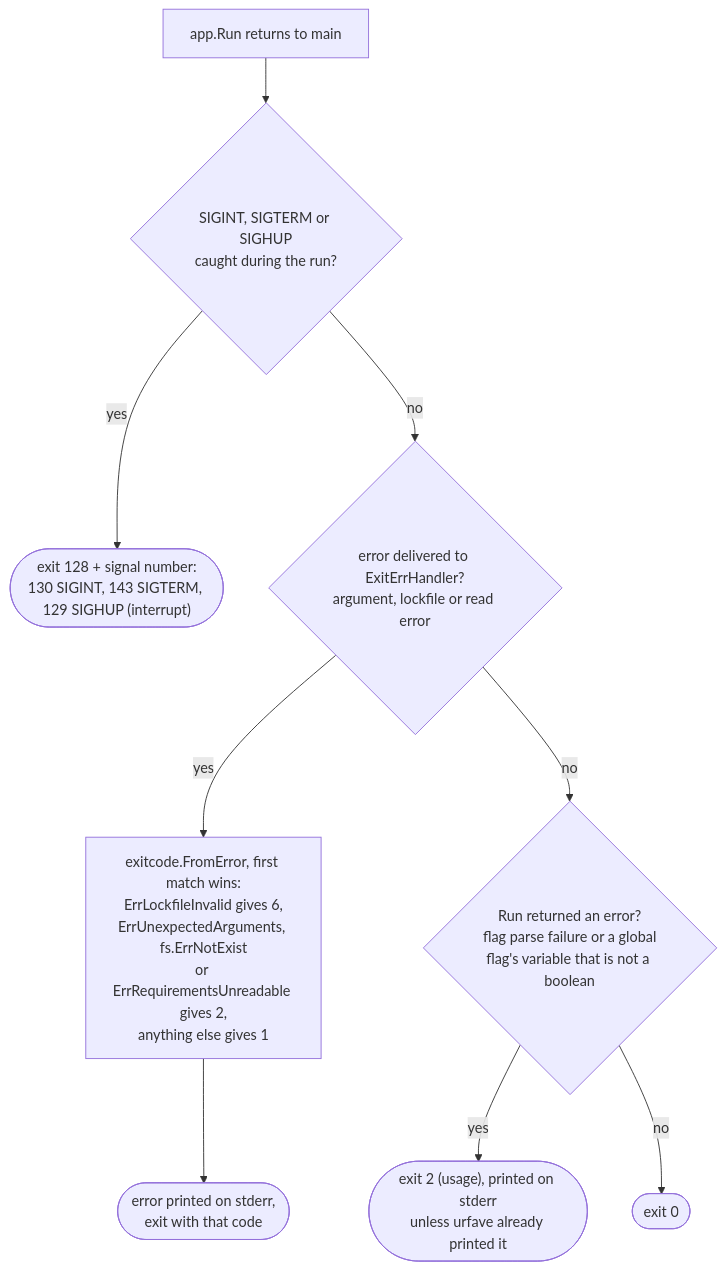
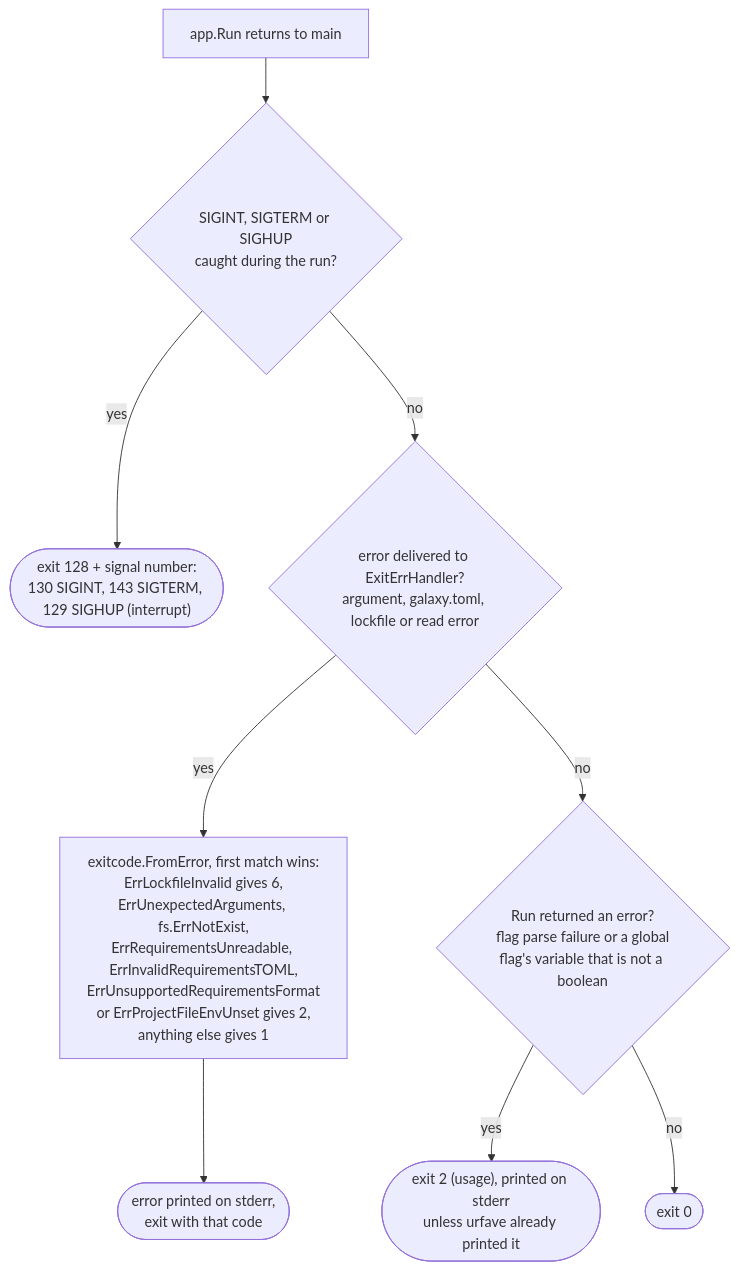
One commit to greeddj/go-galaxy changed diagram 43 of 49 in docs/commands.md. Above: the diagram before and after it, drawn with Mermaid. The commit also changed other lines of this file and 42 other files, not shown here.

````diff
--- a/docs/commands.md
+++ b/docs/commands.md
@@ -2190,11 +2281,11 @@
 ```mermaid
 flowchart TD
     A["app.Run returns to main"] --> B{"SIGINT, SIGTERM or SIGHUP<br/>caught during the run?"}
     B -->|"yes"| XS(["exit 128 + signal number:<br/>130 SIGINT, 143 SIGTERM, 129 SIGHUP (interrupt)"])
-    B -->|"no"| C{"error delivered to ExitErrHandler?<br/>argument, lockfile or read error"}
-    C -->|"yes"| D["exitcode.FromError, first match wins:<br/>ErrLockfileInvalid gives 6,<br/>ErrUnexpectedArguments, fs.ErrNotExist<br/>or ErrRequirementsUnreadable gives 2,<br/>anything else gives 1"]
+    B -->|"no"| C{"error delivered to ExitErrHandler?<br/>argument, galaxy.toml, lockfile or read error"}
+    C -->|"yes"| D["exitcode.FromError, first match wins:<br/>ErrLockfileInvalid gives 6,<br/>ErrUnexpectedArguments, fs.ErrNotExist,<br/>ErrRequirementsUnreadable, ErrInvalidRequirementsTOML,<br/>ErrUnsupportedRequirementsFormat<br/>or ErrProjectFileEnvUnset gives 2,<br/>anything else gives 1"]
     D --> XE(["error printed on stderr,<br/>exit with that code"])
     C -->|"no"| E{"Run returned an error?<br/>flag parse failure or a global<br/>flag's variable that is not a boolean"}
     E -->|"yes"| XU(["exit 2 (usage), printed on stderr<br/>unless urfave already printed it"])
     E -->|"no"| XO(["exit 0"])
 ```
````
